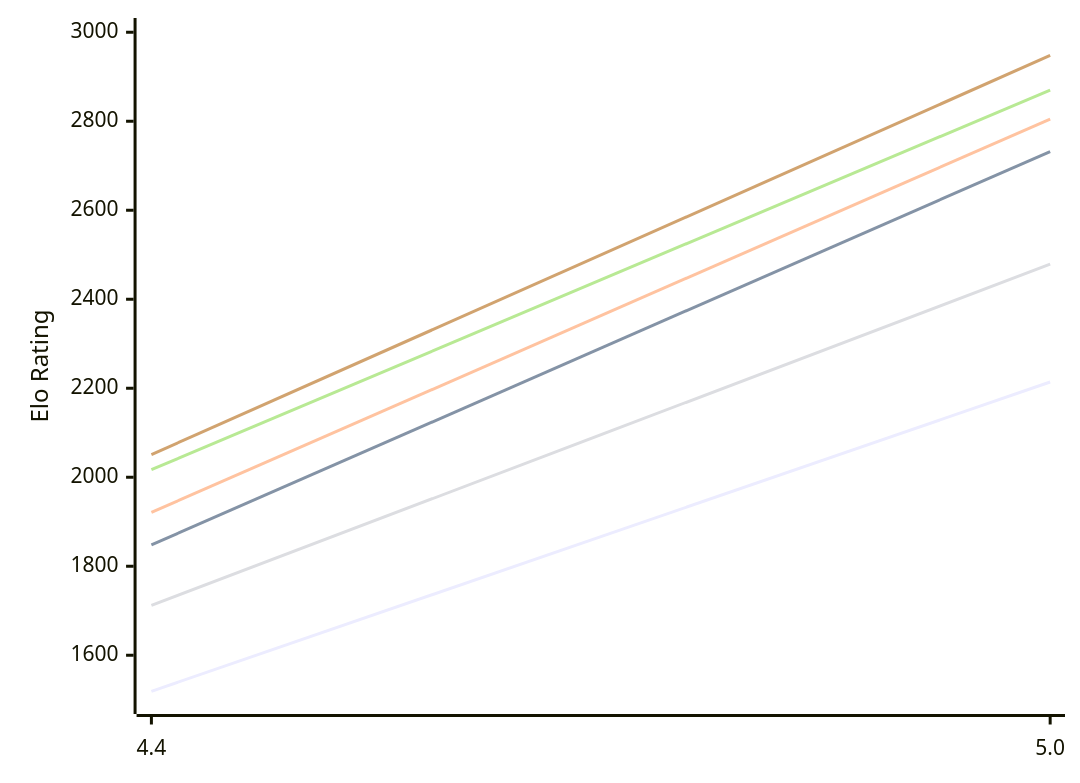
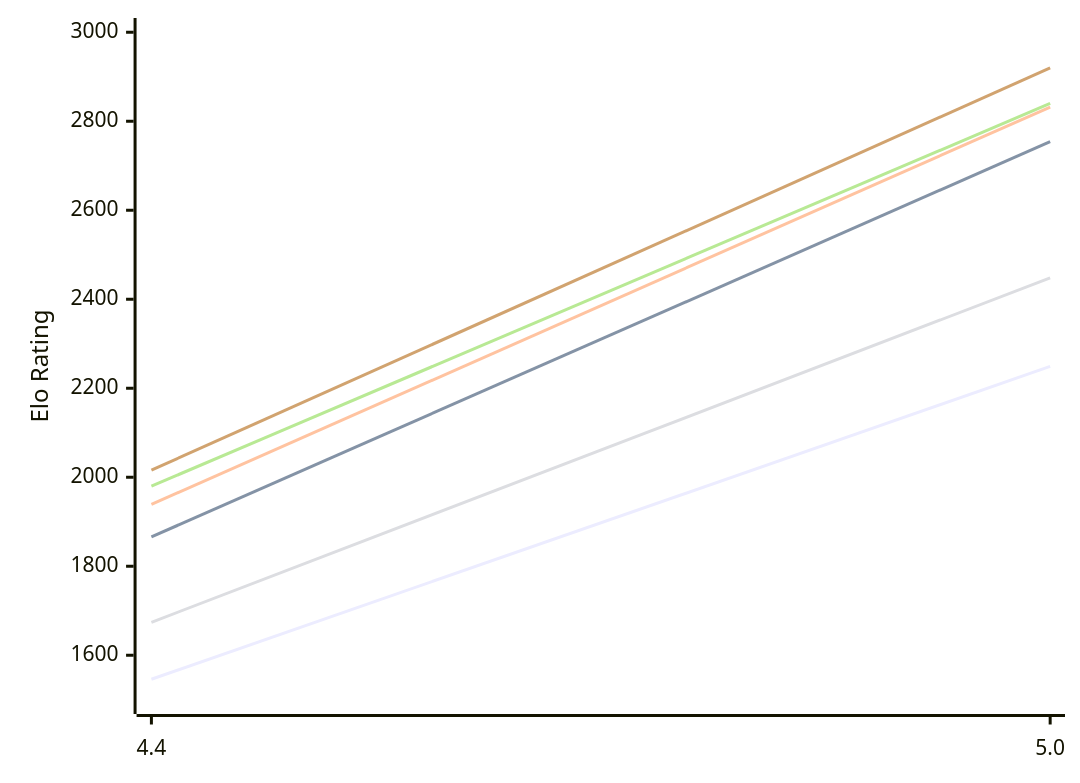
One commit to computer-chess-index/cci changed the first of 2 diagrams in engines/Radiance.md. Above: the diagram before and after it, drawn with Mermaid. The commit also changed other lines of this file, not shown here.

Commit message:
Update CCI Ratings (ELO VLTC) - 2026-10-19

````diff
--- a/engines/Radiance.md
+++ b/engines/Radiance.md
@@ -51,12 +51,12 @@
 ```mermaid
 %%{init: {"theme":"base","themeVariables":{"seriesColors:['#a3a3a3','#222221','#faa371']}}}%%
 xychart-beta
   x-axis ["4.4", "5.0"]
   y-axis "Elo Rating" 1500 --> 3000
-  line "E1: STC (8.0+0.08s)" [1519, 2214]
-  line "E1: LTC (60.0+0.60s)" [1848, 2732]
-  line "E1: VLTC (2m24s+1.12s)" [1921, 2805]
-  line "P1: STC (8.0+0.08s)" [1712, 2479]
-  line "P1: LTC (60.0+0.60s)" [2017, 2870]
-  line "P1: VLTC (2m24s+1.12s)" [2051, 2948]
+  line "E1: STC (8.0+0.08s)" [1546, 2249]
+  line "E1: LTC (60.0+0.60s)" [1866, 2754]
+  line "E1: VLTC (2m24s+1.12s)" [1939, 2832]
+  line "P1: STC (8.0+0.08s)" [1674, 2448]
+  line "P1: LTC (60.0+0.60s)" [1980, 2840]
+  line "P1: VLTC (2m24s+1.12s)" [2016, 2920]
 ```
````
